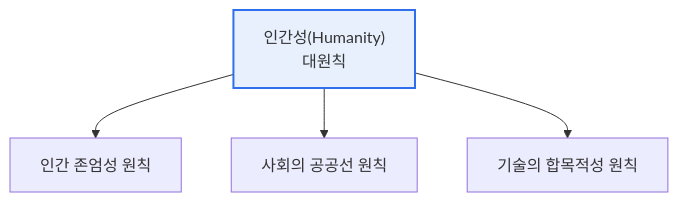
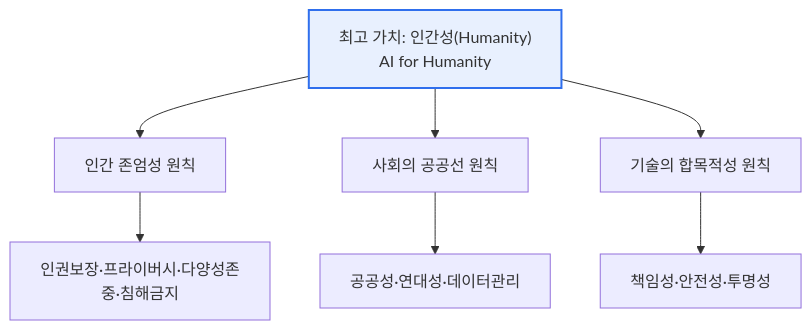
The first of 2 diagrams in content/ai-ethics-standard.md (coninggu/wjdqhrhksflrltnftk), drawn with Mermaid before and after one commit. The commit also changed other lines of this file and 3 other files, not shown here.

````diff
--- a/content/ai-ethics-standard.md
+++ b/content/ai-ethics-standard.md
@@ -15,7 +22,10 @@
 ```mermaid
 flowchart TB
-  H["인간성(Humanity)<br/>대원칙"] --> P1[인간 존엄성 원칙]
-  H --> P2[사회의 공공선 원칙]
-  H --> P3[기술의 합목적성 원칙]
+  H["최고 가치: 인간성(Humanity)<br/>AI for Humanity"] --> P1["인간 존엄성 원칙"]
+  H --> P2["사회의 공공선 원칙"]
+  H --> P3["기술의 합목적성 원칙"]
+  P1 --> R1["인권보장·프라이버시·다양성존중·침해금지"]
+  P2 --> R2["공공성·연대성·데이터관리"]
+  P3 --> R3["책임성·안전성·투명성"]
   style H fill:#e8f0fe,stroke:#2f6fed,stroke-width:2px
 ```
````
